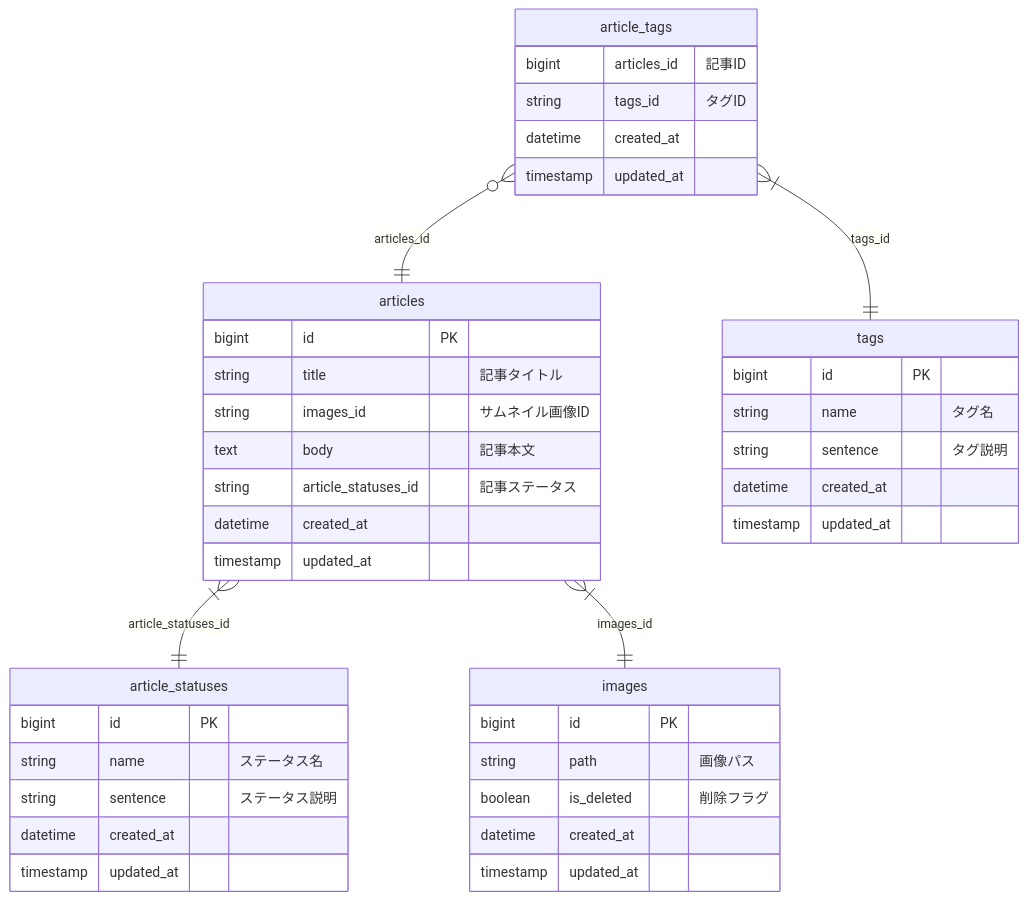
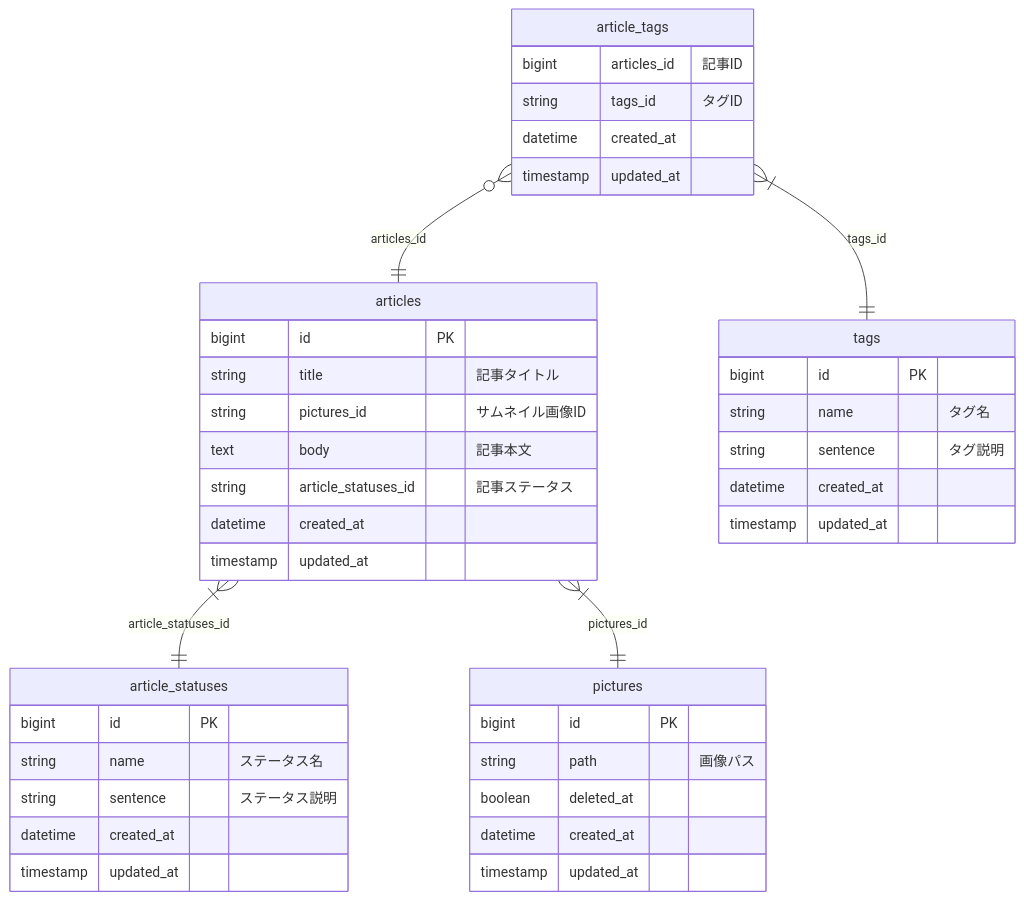
The second of 2 diagrams in README.md (hdk-t/simple-cms), drawn with Mermaid before and after one commit. The commit also changed other lines of this file and 24 other files, not shown here.

````diff
--- a/README.md
+++ b/README.md
@@ -75,49 +77,49 @@
 ```mermaid
 erDiagram
 
     articles }|--|| article_statuses: "article_statuses_id"
-    articles }|--|| images: "images_id"
+    articles }|--|| pictures: "pictures_id"
     article_tags }o--|| articles: "articles_id"
     article_tags }|--|| tags: "tags_id"
 
     articles {
         bigint id PK
         string title "記事タイトル"
-        string images_id "サムネイル画像ID"
+        string pictures_id "サムネイル画像ID"
         text body "記事本文"
         string article_statuses_id "記事ステータス"
         datetime created_at
         timestamp updated_at
     }
 
     article_statuses {
         bigint id PK
         string name "ステータス名"
         string sentence "ステータス説明"
         datetime created_at
         timestamp updated_at
     }
 
     article_tags {
         bigint articles_id "記事ID"
         string tags_id "タグID"
         datetime created_at
         timestamp updated_at
     }
 
     tags {
         bigint id PK
         string name "タグ名"
         string sentence "タグ説明"
         datetime created_at
         timestamp updated_at
     }
 
-    images {
+    pictures {
         bigint id PK
         string path "画像パス"
-        boolean is_deleted "削除フラグ"
+        boolean deleted_at
         datetime created_at
         timestamp updated_at
     }
 ```
````
